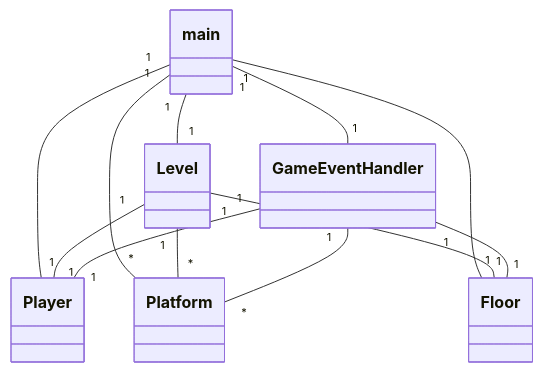
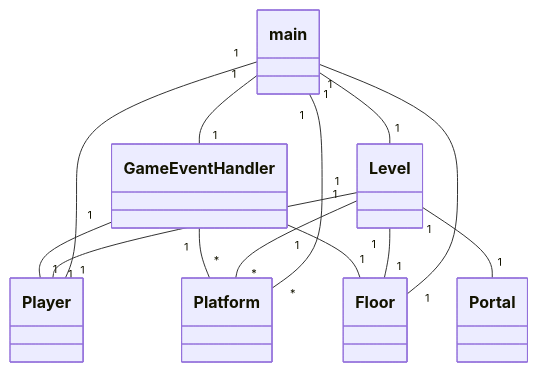
One commit to lapatinn/ot-harjoitustyo changed the diagram in dokumentaatio/arkkitehtuuri.md. Above: the diagram before and after it, drawn with Mermaid.

Commit message:
Add Portal relationship to Level in architecture

````diff
--- a/dokumentaatio/arkkitehtuuri.md
+++ b/dokumentaatio/arkkitehtuuri.md
@@ -1,15 +1,16 @@
 ```mermaid
  classDiagram
     main "1" -- "1" Player
     main "1" -- "*" Platform
     main "1" -- "1" Floor
     main "1" -- "1" GameEventHandler
     main "1" -- "1" Level
     Level "1" -- "1" Player
     Level "1" -- "1" Floor
     Level "1" -- "*" Platform
+    Level "1" -- "1" Portal
     GameEventHandler "1" -- "1" Player
     GameEventHandler "1" -- "*" Platform
     GameEventHandler "1" -- "1" Floor
     
 ```
````
